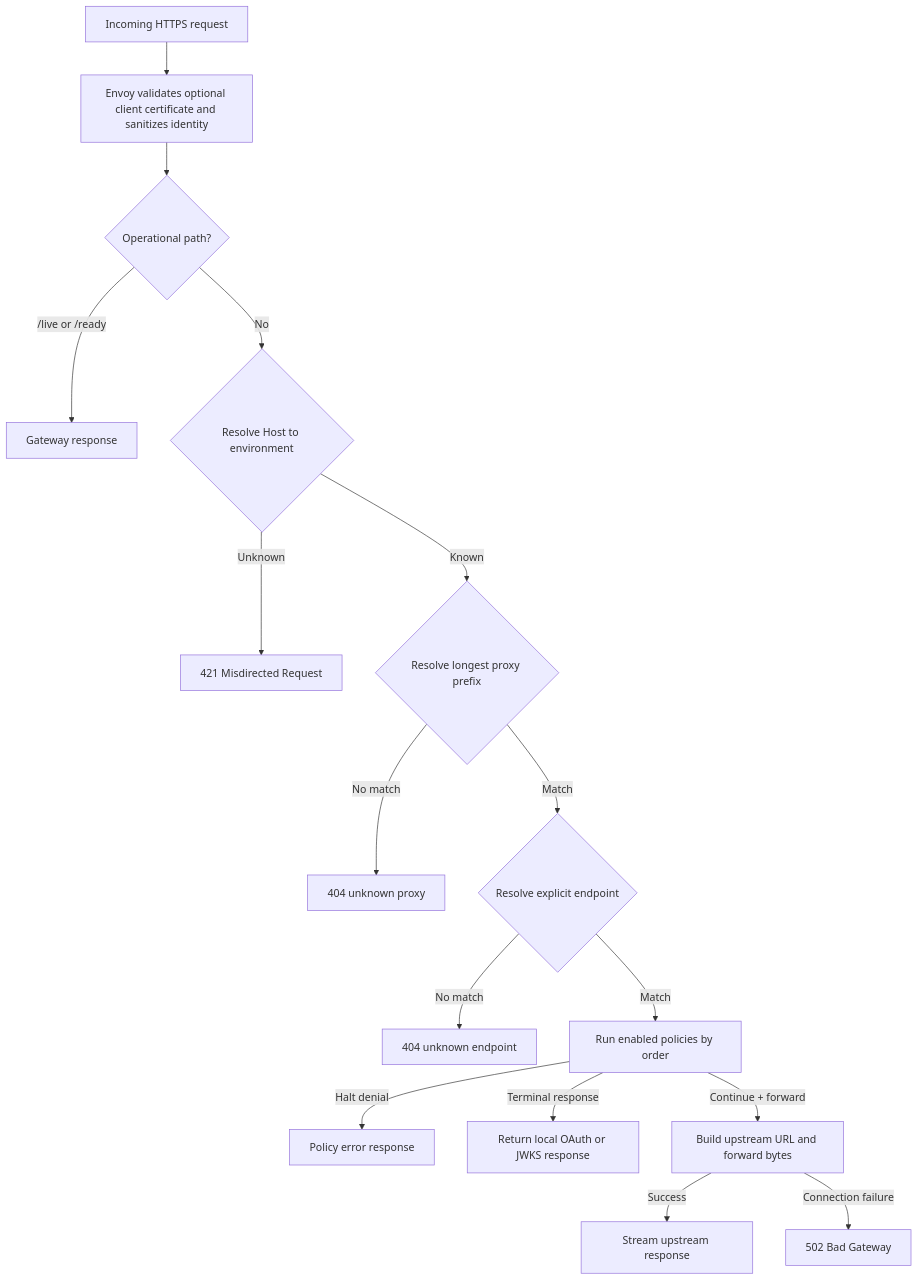
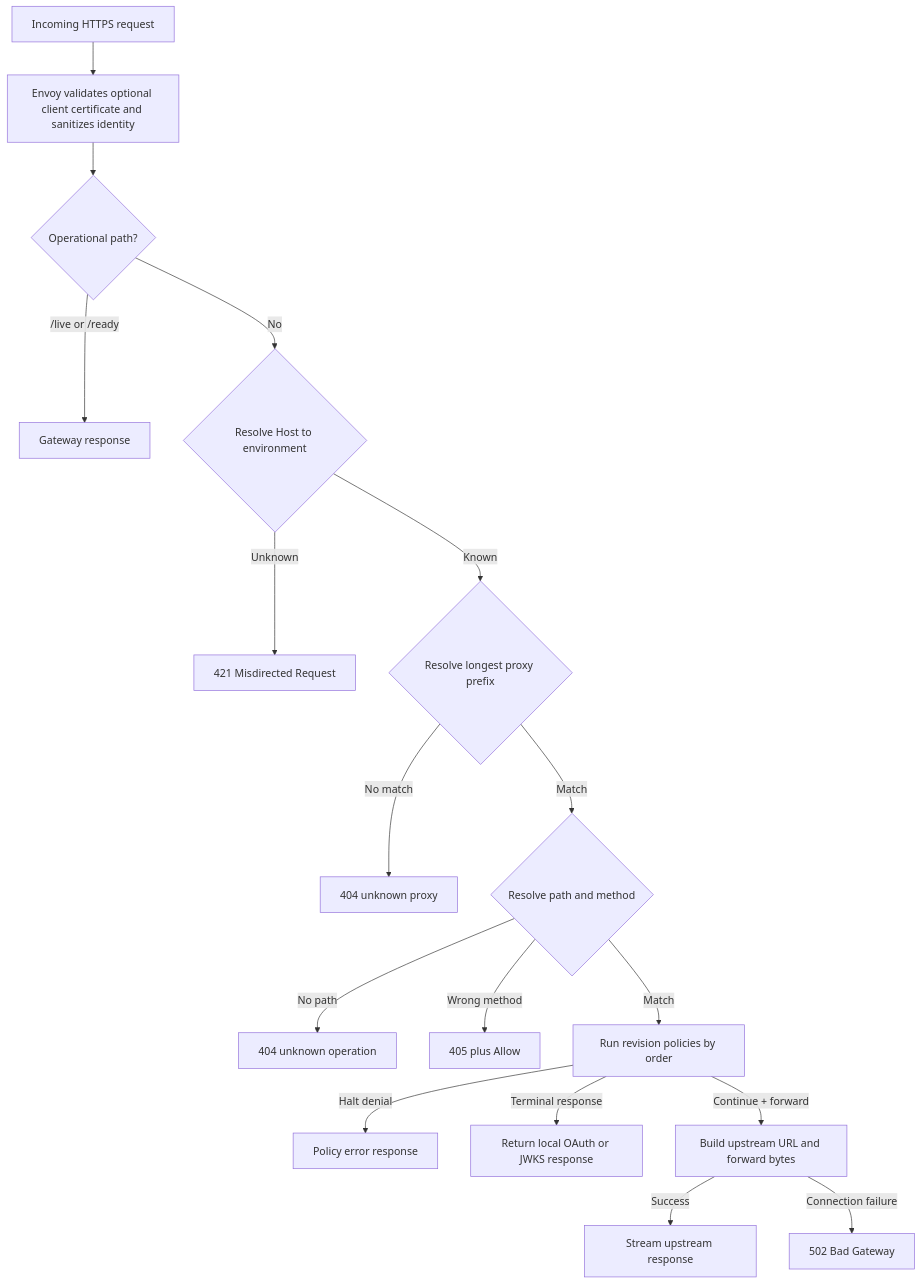
Before and after one commit to c4rl0s04/api-gateway-platform: the diagram in docs/02-architecture/Runtime Request Flow.md, drawn with Mermaid. The commit also changed other lines of this file and 1 other file, not shown here.

Commit message:
docs(gateway): document revision-aware routing

````diff
--- a/docs/02-architecture/Runtime Request Flow.md
+++ b/docs/02-architecture/Runtime Request Flow.md
@@ -30,18 +30,19 @@
 ```mermaid
 flowchart TD
     REQUEST["Incoming HTTPS request"] --> ENVOY["Envoy validates optional client certificate and sanitizes identity"]
     ENVOY --> OPERATIONAL{"Operational path?"}
     OPERATIONAL -->|"/live or /ready"| HEALTH["Gateway response"]
     OPERATIONAL -->|"No"| ENVIRONMENT{"Resolve Host to environment"}
     ENVIRONMENT -->|"Unknown"| MISDIRECTED["421 Misdirected Request"]
     ENVIRONMENT -->|"Known"| PROXY{"Resolve longest proxy prefix"}
     PROXY -->|"No match"| PROXY404["404 unknown proxy"]
-    PROXY -->|"Match"| ENDPOINT{"Resolve explicit endpoint"}
-    ENDPOINT -->|"No match"| ENDPOINT404["404 unknown endpoint"]
-    ENDPOINT -->|"Match"| POLICIES["Run enabled policies by order"]
+    PROXY -->|"Match"| ENDPOINT{"Resolve path and method"}
+    ENDPOINT -->|"No path"| ENDPOINT404["404 unknown operation"]
+    ENDPOINT -->|"Wrong method"| METHOD405["405 plus Allow"]
+    ENDPOINT -->|"Match"| POLICIES["Run revision policies by order"]
     POLICIES -->|"Halt denial"| POLICYRESPONSE["Policy error response"]
     POLICIES -->|"Terminal response"| LOCAL["Return local OAuth or JWKS response"]
     POLICIES -->|"Continue + forward"| FORWARD["Build upstream URL and forward bytes"]
     FORWARD -->|"Success"| RESPONSE["Stream upstream response"]
     FORWARD -->|"Connection failure"| BADGATEWAY["502 Bad Gateway"]
 ```
````
